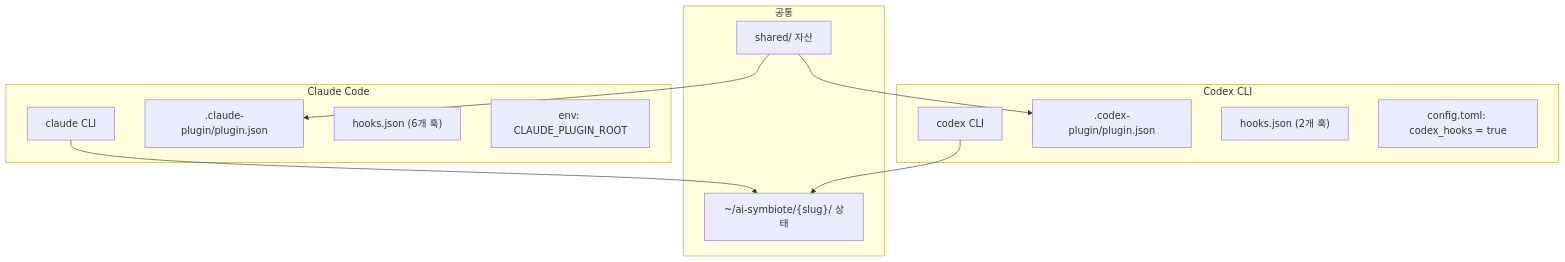
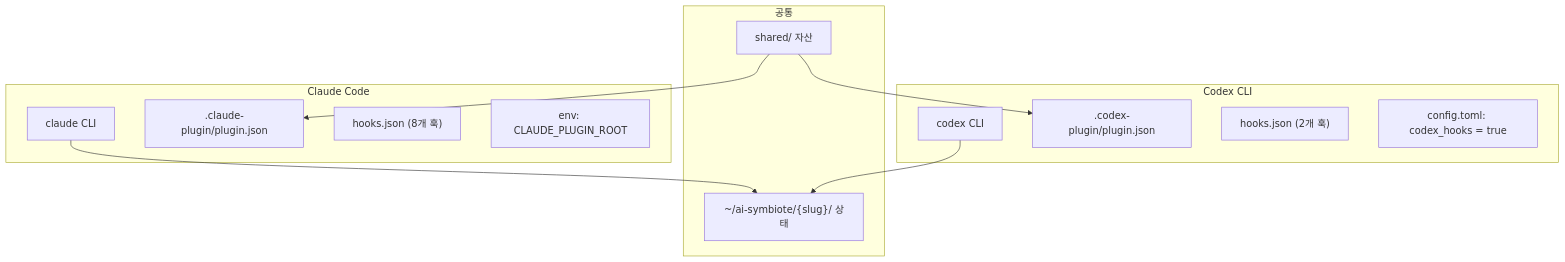
Before and after one commit to Jimmy-Jung/ai-symbiote: the second of 3 diagrams in docs/DEPENDENCIES.md, drawn with Mermaid. The commit also changed 3 other files, not shown here.

````diff
--- a/docs/DEPENDENCIES.md
+++ b/docs/DEPENDENCIES.md
@@ -46,23 +46,23 @@
 ```mermaid
 flowchart TD
     subgraph "Claude Code"
         CL1["claude CLI"]
         CL2[".claude-plugin/plugin.json"]
-        CL3["hooks.json (6개 훅)"]
+        CL3["hooks.json (8개 훅)"]
         CL4["env: CLAUDE_PLUGIN_ROOT"]
     end
     subgraph "Codex CLI"
         CX1["codex CLI"]
         CX2[".codex-plugin/plugin.json"]
         CX3["hooks.json (2개 훅)"]
         CX4["config.toml: codex_hooks = true"]
     end
     subgraph "공통"
         S["shared/ 자산"]
         ST["~/ai-symbiote/{slug}/ 상태"]
     end
     S --> CL2
     S --> CX2
     CL1 --> ST
     CX1 --> ST
 ```
````
